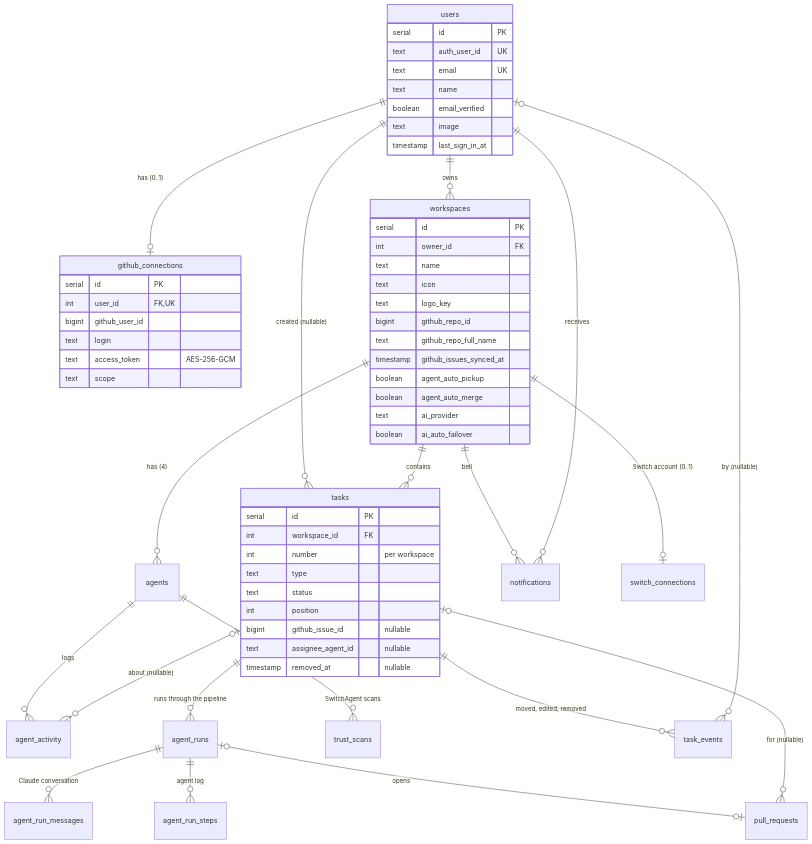
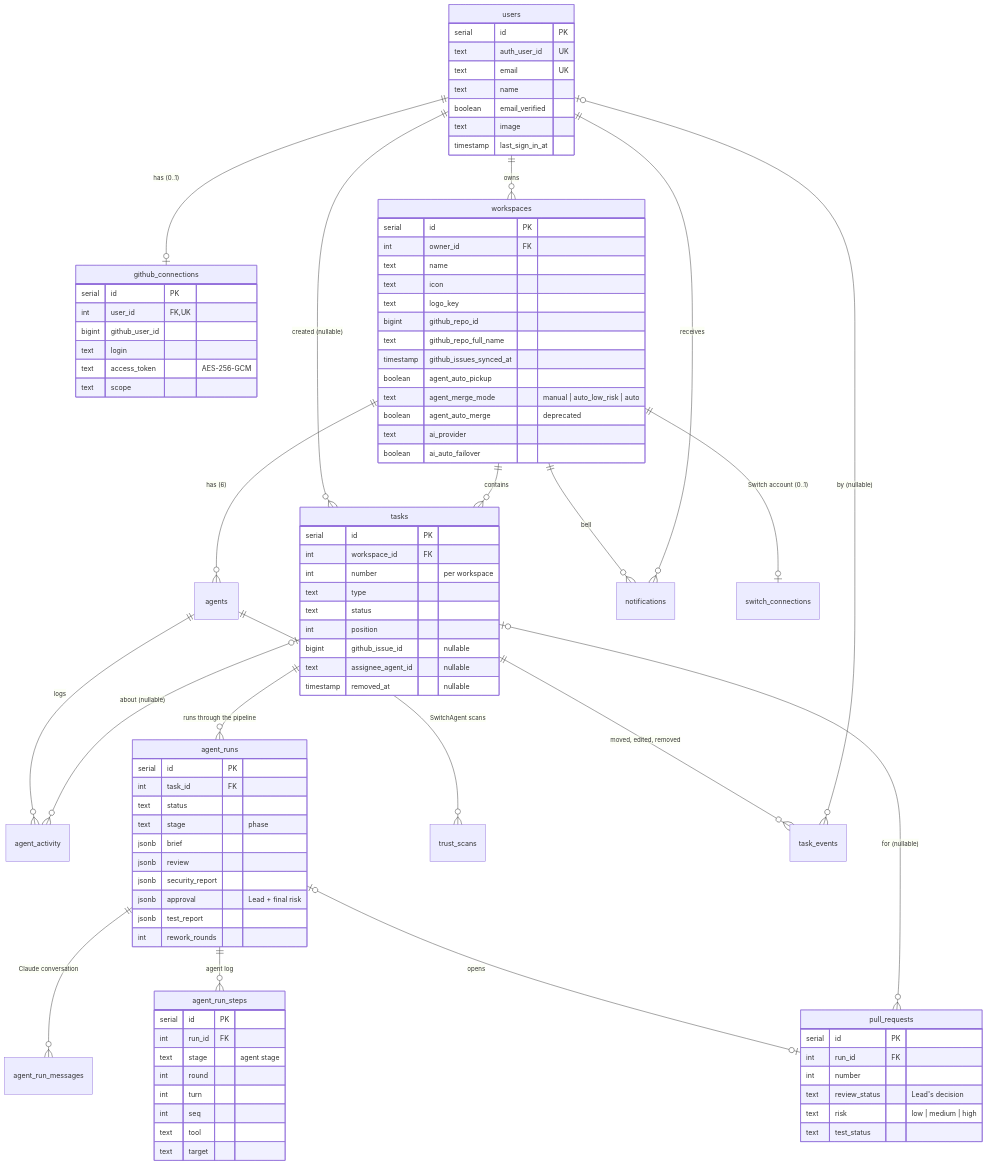
The diagram in docs/data-model.md (johanso/techcrew), drawn with Mermaid before and after one commit. The commit also changed other lines of this file and 13 other files, not shown here.

````diff
--- a/docs/data-model.md
+++ b/docs/data-model.md
@@ -28,7 +28,7 @@
     users ||--o{ workspaces : owns
     users ||--o{ tasks : "created (nullable)"
     workspaces ||--o{ tasks : contains
-    workspaces ||--o{ agents : "has (4)"
+    workspaces ||--o{ agents : "has (6)"
     agents ||--o{ agent_activity : logs
     tasks |o--o{ agent_activity : "about (nullable)"
     tasks ||--o{ agent_runs : "runs through the pipeline"
@@ -70,7 +70,8 @@
         text github_repo_full_name
         timestamp github_issues_synced_at
         boolean agent_auto_pickup
-        boolean agent_auto_merge
+        text agent_merge_mode "manual | auto_low_risk | auto"
+        boolean agent_auto_merge "deprecated"
         text ai_provider
         boolean ai_auto_failover
     }
@@ -85,4 +86,34 @@
         text assignee_agent_id "nullable"
         timestamp removed_at "nullable"
     }
+    agent_runs {
+        serial id PK
+        int task_id FK
+        text status
+        text stage "phase"
+        jsonb brief
+        jsonb review
+        jsonb security_report
+        jsonb approval "Lead + final risk"
+        jsonb test_report
+        int rework_rounds
+    }
+    agent_run_steps {
+        serial id PK
+        int run_id FK
+        text stage "agent stage"
+        int round
+        int turn
+        int seq
+        text tool
+        text target
+    }
+    pull_requests {
+        serial id PK
+        int run_id FK
+        int number
+        text review_status "Lead's decision"
+        text risk "low | medium | high"
+        text test_status
+    }
 ```
````
